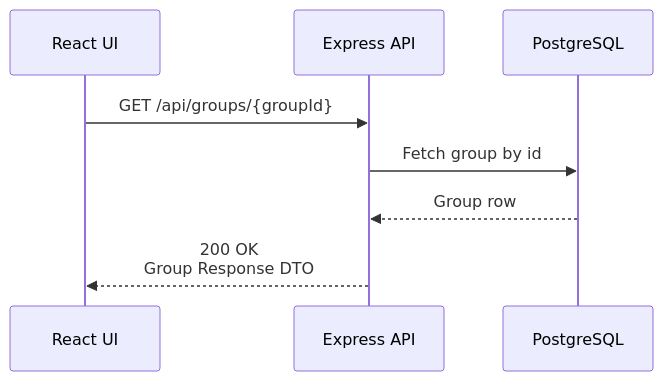
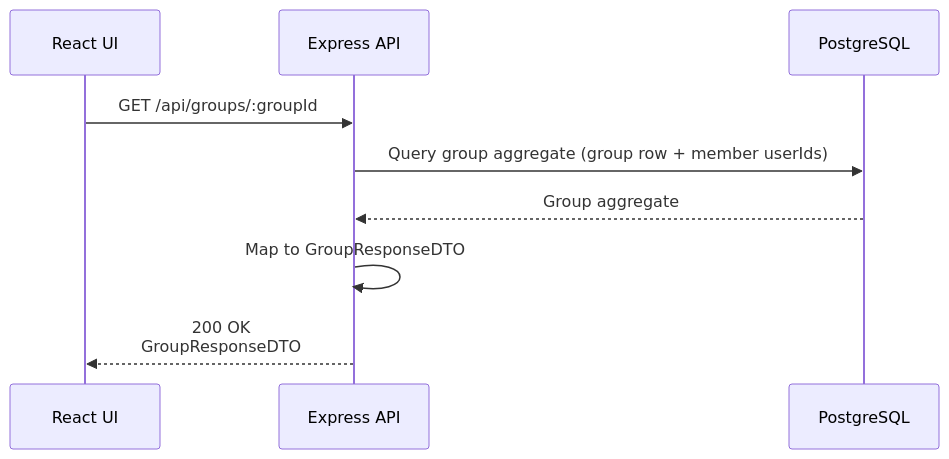
One commit to Zamperi/MovieApp changed the diagram in docs/flows/db/groups/group-fetch.data-flow.md. Above: the diagram before and after it, drawn with Mermaid. The commit also changed other lines of this file and 14 other files, not shown here.

Commit message:
Fetch all groups and single groups added

````diff
--- a/docs/flows/db/groups/group-fetch.data-flow.md
+++ b/docs/flows/db/groups/group-fetch.data-flow.md
@@ -3,11 +3,12 @@
 ```mermaid
 sequenceDiagram
-participant UI as React UI
-participant API as Express API
-participant DB as PostgreSQL
+  participant UI as React UI
+  participant API as Express API
+  participant DB as PostgreSQL
 
-UI ->> API: GET /api/groups/{groupId}
-API ->> DB: Fetch group by id
-DB -->> API: Group row
-API -->> UI: 200 OK<br>Group Response DTO
+  UI->>API: GET /api/groups/:groupId
+  API->>DB: Query group aggregate (group row + member userIds)
+  DB-->>API: Group aggregate
+  API->>API: Map to GroupResponseDTO
+  API-->>UI: 200 OK<br/>GroupResponseDTO
 ```
````
